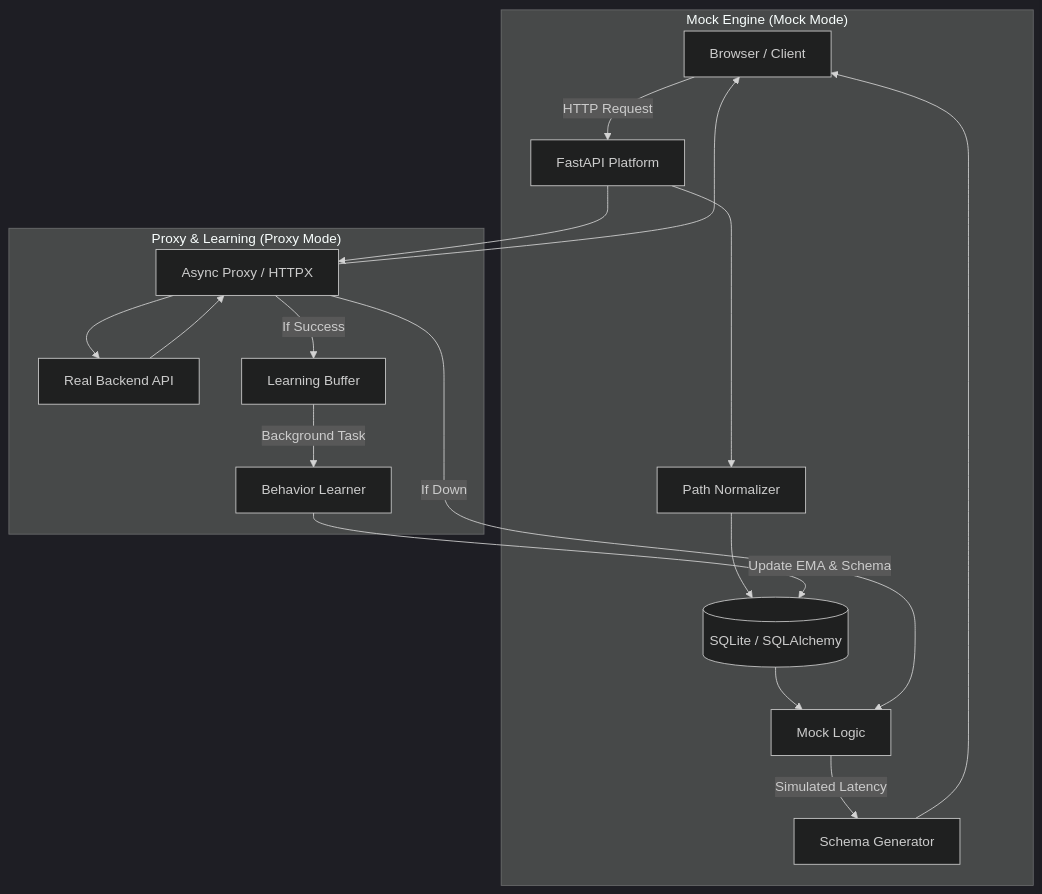
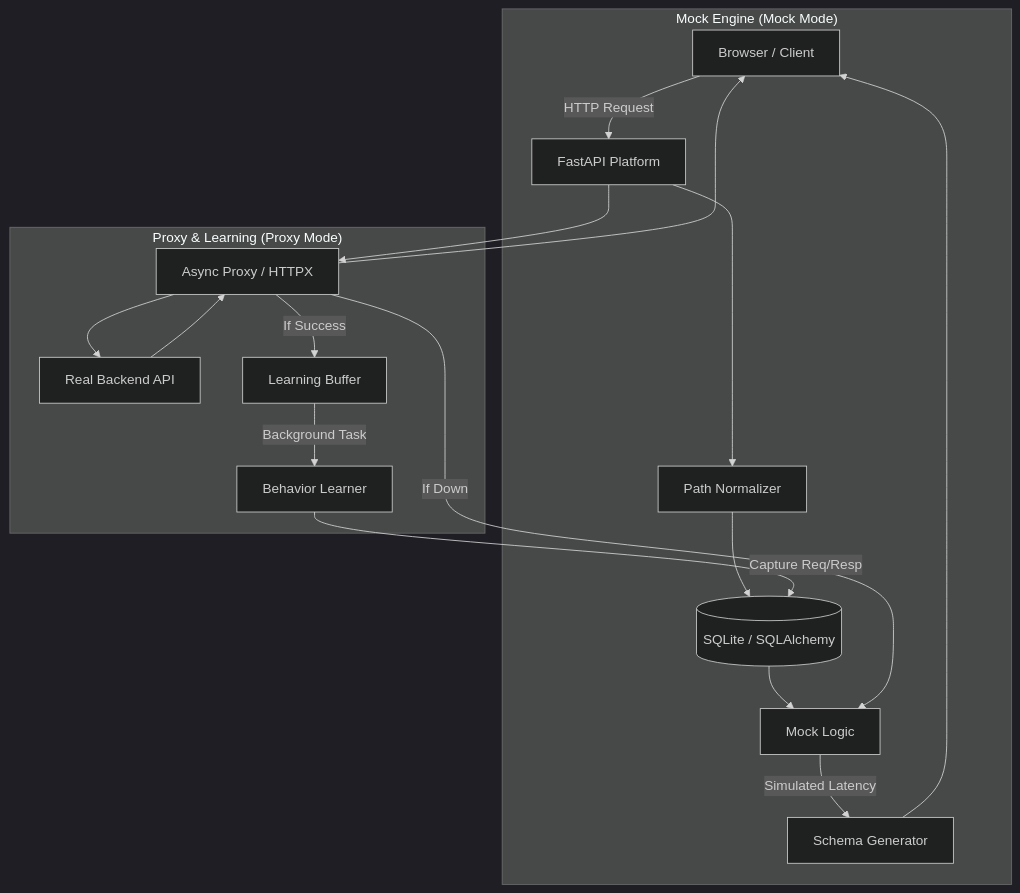
One commit to Prathamesh-Udoshi/intelligent-adaptive-mock changed the diagram in README.md. Above: the diagram before and after it, drawn with Mermaid (dark theme). The commit also changed other lines of this file and 3 other files, not shown here.

````diff
--- a/README.md
+++ b/README.md
@@ -37,23 +40,23 @@
 ```mermaid
 graph TD
     Client[Browser / Client] -->|HTTP Request| Server[FastAPI Platform]
     
     subgraph "Mock Engine (Mock Mode)"
         Server --> Norm[Path Normalizer]
         Norm --> DB[(SQLite / SQLAlchemy)]
         DB --> Logic[Mock Logic]
         Logic -->|Simulated Latency| Gen[Schema Generator]
         Gen --> Client
     end
     
     subgraph "Proxy & Learning (Proxy Mode)"
         Server --> Proxy[Async Proxy / HTTPX]
         Proxy --> Target[Real Backend API]
         Target --> Proxy
         Proxy -->|If Success| Buffer[Learning Buffer]
         Proxy -->|If Down| Logic
         Buffer -->|Background Task| Learner[Behavior Learner]
-        Learner -->|Update EMA & Schema| DB
+        Learner -->|Capture Req/Resp| DB
         Proxy --> Client
     end
 ```
````
